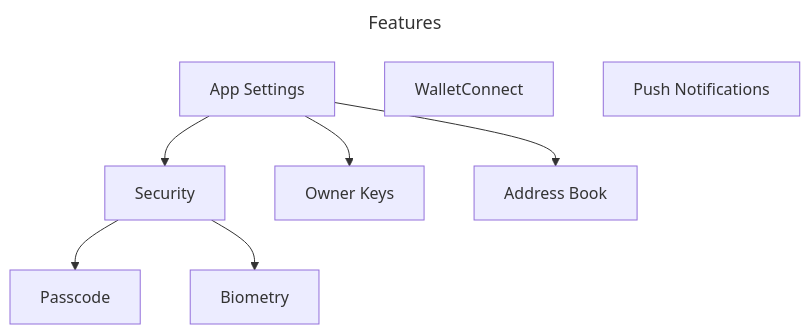
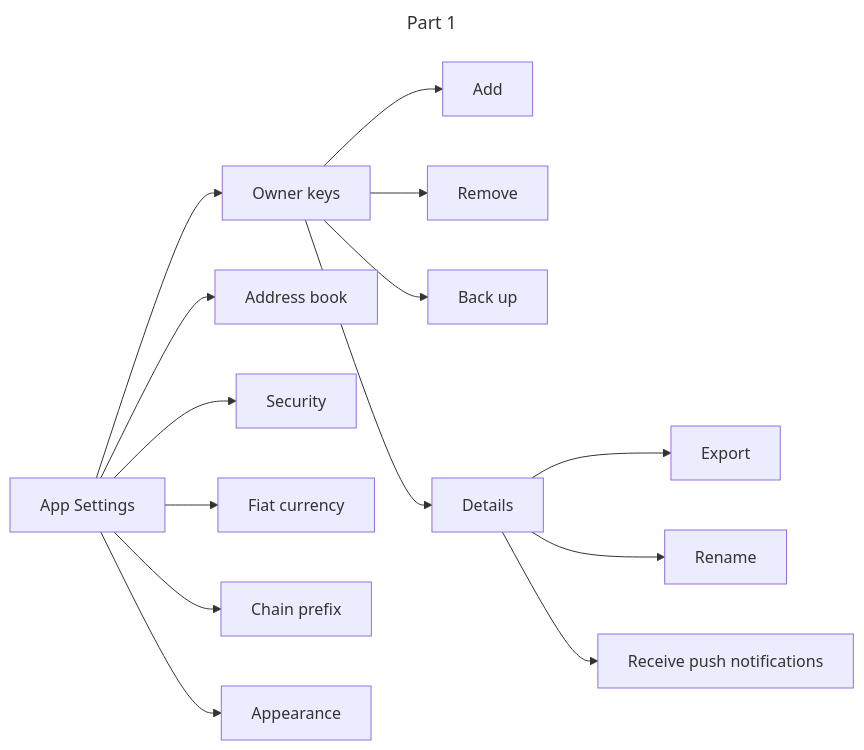
Before and after one commit to safe-global/safe-ios: the seventh of 9 diagrams in docs/fun.md, drawn with Mermaid. The commit also changed other lines of this file and 1 other file, not shown here.

Commit message:
refs/heads/update-docs Updated document structure and diagrams

````diff
--- a/docs/fun.md
+++ b/docs/fun.md
@@ -92,13 +108,18 @@
 ```mermaid
 ---
-title: Features
+title: Part 1
 ---
-graph
-    Settings[App Settings]
-    Settings --> Security --> Passcode
-    Security --> Biometry
-    Settings --> Keys[Owner Keys]
-    Settings --> Contacts[Address Book]
-    WalletConnect
-    Push[Push Notifications]
+graph LR
+    a[App Settings] --> k[Owner keys]
+    k --> Add
+    k --> Remove
+    k --> c[Back up]
+    k --> d[Details] --> Export
+    d --> Rename
+    d --> n[Receive push notifications]
+    a --> b[Address book]
+    a --> Security
+    a --> f[Fiat currency]
+    a --> p[Chain prefix]
+    a --> e[Appearance]
 ```
````
